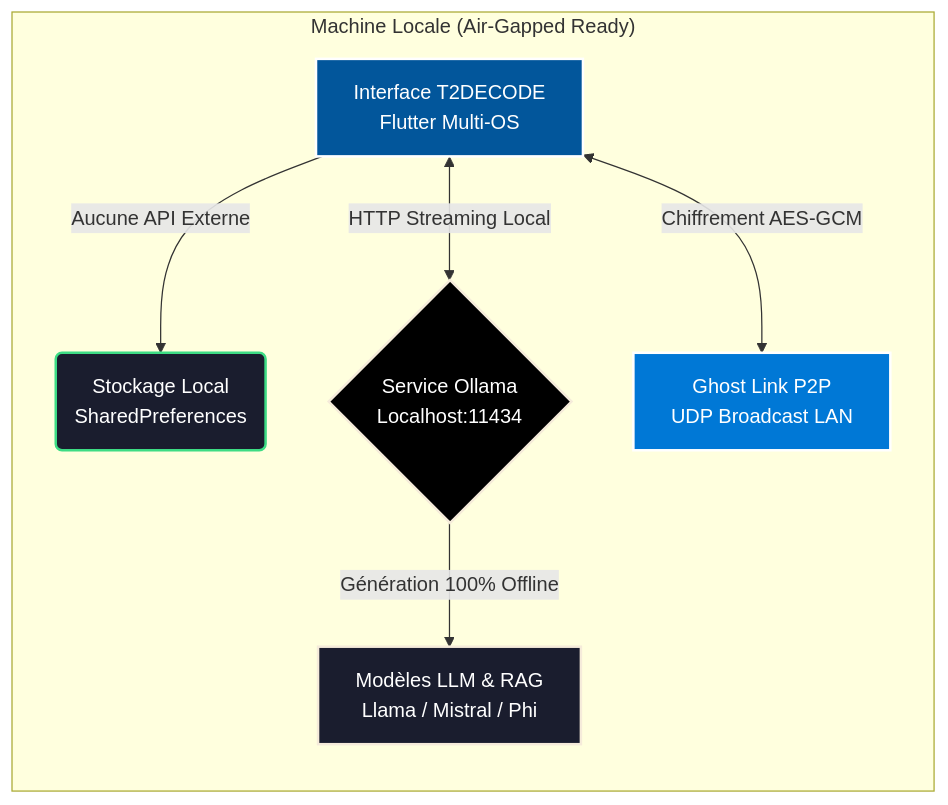
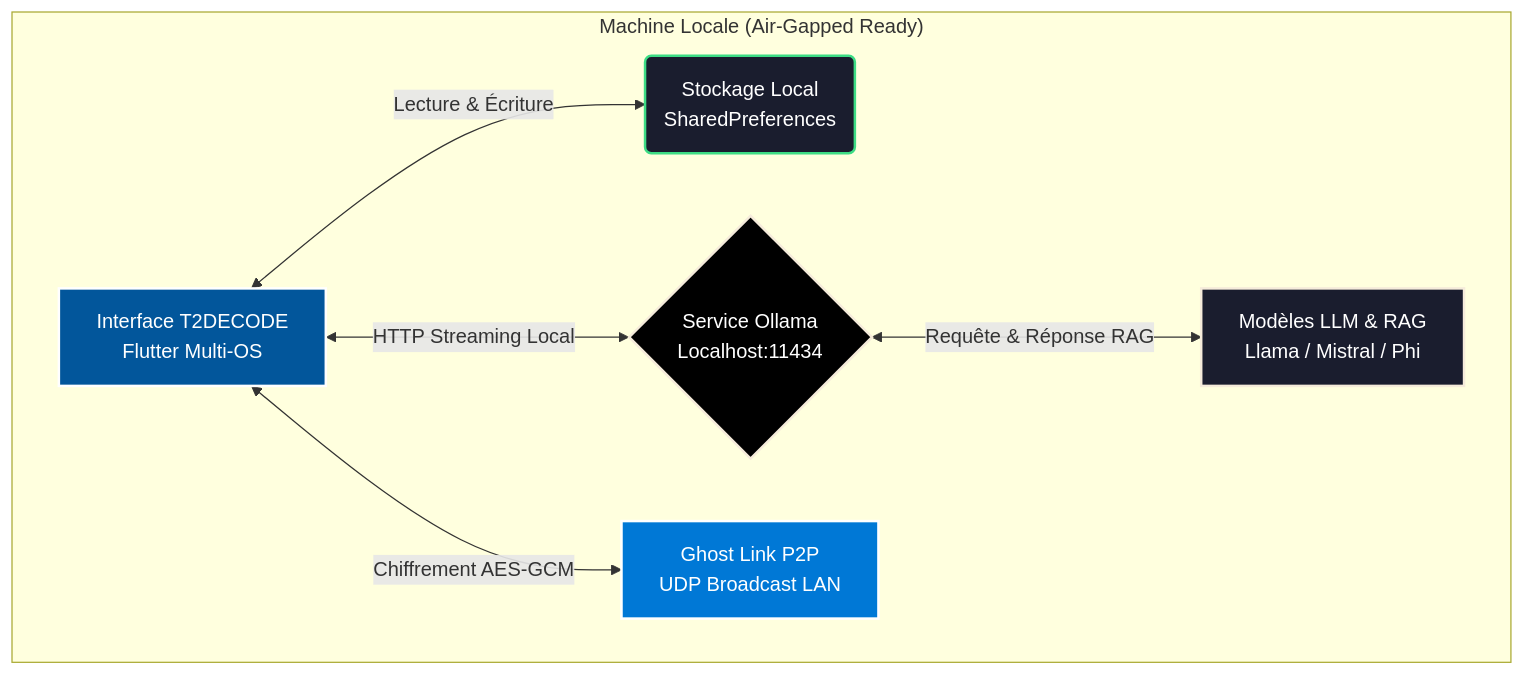
One commit to TUTODECODE-FR/T2DECODE changed the diagram in README.md. Above: the diagram before and after it, drawn with Mermaid. The commit also changed other lines of this file, not shown here.

Commit message:
docs(readme): affinage du diagramme d'architecture (flux bidirectionnels) et passage en v1.0.2

````diff
--- a/README.md
+++ b/README.md
@@ -44,21 +44,21 @@
 ```mermaid
-graph LR
+graph TD
     subgraph "Machine Locale (Air-Gapped Ready)"
         A[Interface T2DECODE<br/>Flutter Multi-OS]
         B(Stockage Local<br/>SharedPreferences)
         C{Service Ollama<br/>Localhost:11434}
         D[Modèles LLM & RAG<br/>Llama / Mistral / Phi]
         E[Ghost Link P2P<br/>UDP Broadcast LAN]
     end
 
-    A -->|Aucune API Externe| B
+    A <-->|Lecture & Écriture| B
     A <-->|HTTP Streaming Local| C
-    C -->|Génération 100% Offline| D
+    C <-->|Requête & Réponse RAG| D
     A <-->|Chiffrement AES-GCM| E
     
     style A fill:#02569B,stroke:#FFF,stroke-width:2px,color:#FFF
     style B fill:#1A1D2E,stroke:#3DDC84,stroke-width:2px,color:#FFF
     style C fill:#000000,stroke:#F5EBDA,stroke-width:2px,color:#FFF
     style D fill:#1A1D2E,stroke:#F5EBDA,stroke-width:2px,color:#FFF
     style E fill:#0078D6,stroke:#FFF,stroke-width:2px,color:#FFF
 ```
````
